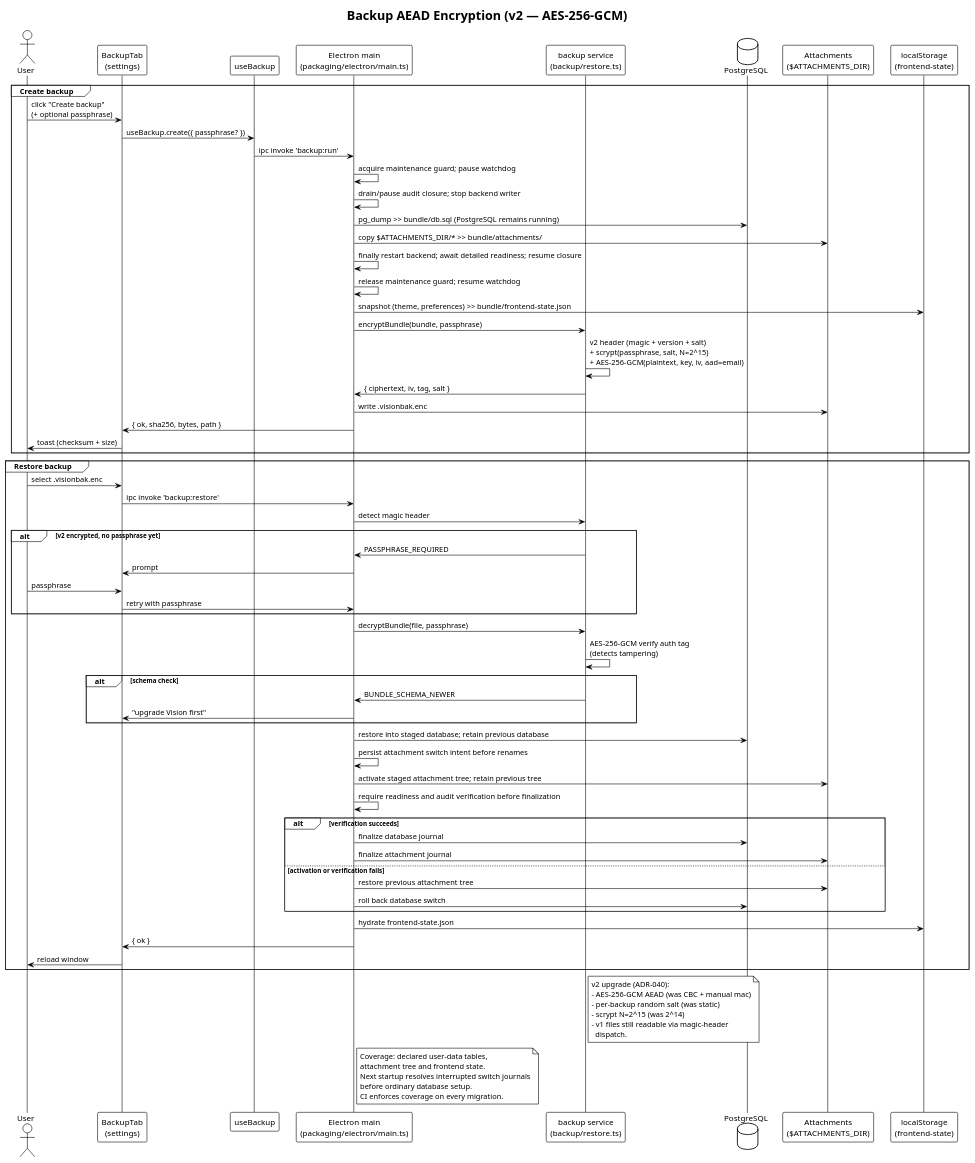
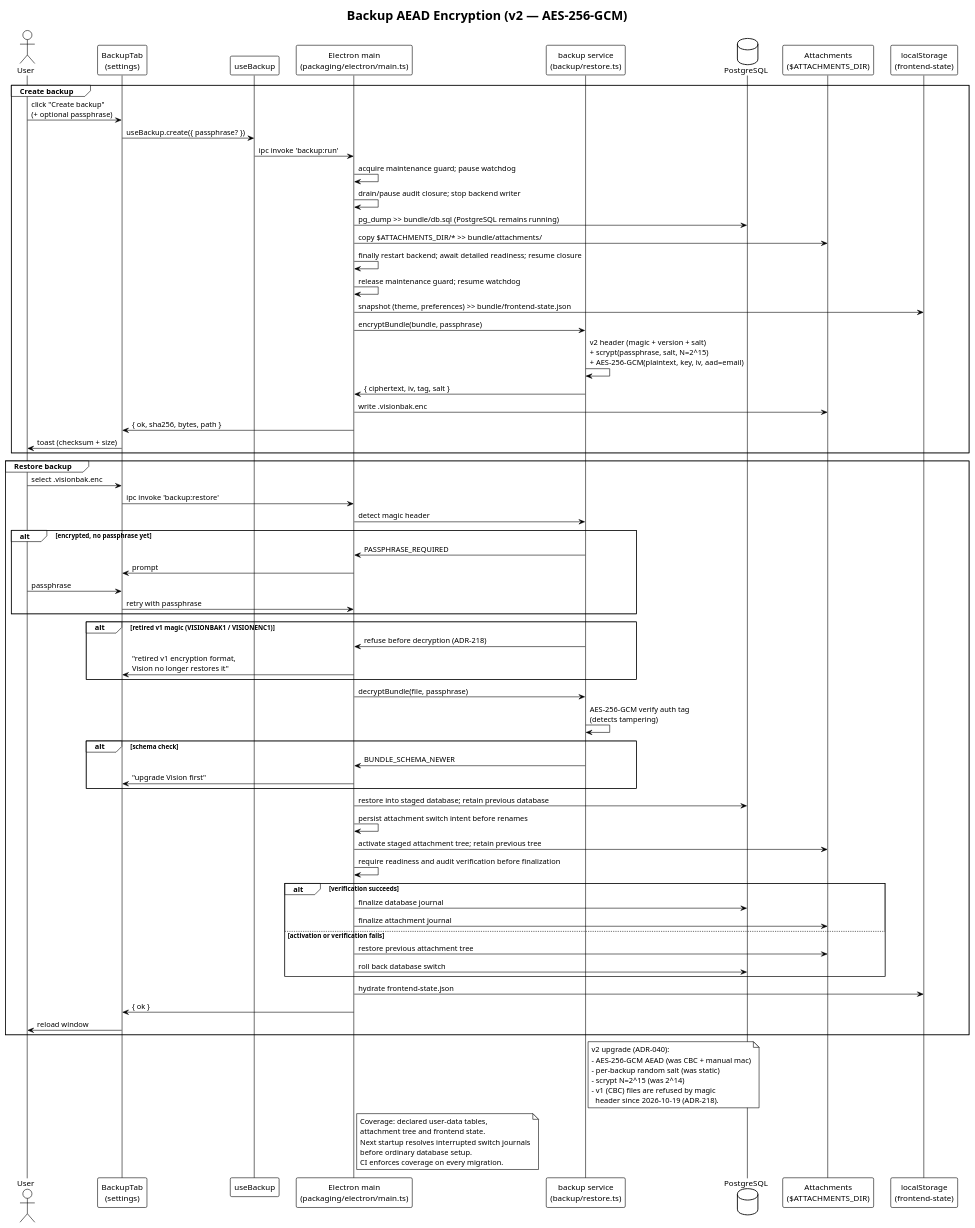
One commit to EraPartner/Vision changed the diagram in docs/diagrams/backup-aead-encryption.puml. Above: the diagram before and after it, drawn with PlantUML. The commit also changed 23 other files, not shown here.

```diff
--- a/docs/diagrams/backup-aead-encryption.puml
+++ b/docs/diagrams/backup-aead-encryption.puml
@@ -1,86 +1,90 @@
 @startuml Backup AEAD Encryption (v2)
 title Backup AEAD Encryption (v2 — AES-256-GCM)
 
 !theme plain
 skinparam participantSpacing 10
 skinparam ranksep 50
 
 actor "User" as User
 
 participant "BackupTab\n(settings)" as UI
 participant "useBackup" as Hook
 participant "Electron main\n(packaging/electron/main.ts)" as Main
 participant "backup service\n(backup/restore.ts)" as Backup
 database  "PostgreSQL" as DB
 participant "Attachments\n($ATTACHMENTS_DIR)" as Files
 participant "localStorage\n(frontend-state)" as LS
 
 group Create backup
   User -> UI : click "Create backup"\n(+ optional passphrase)
   UI -> Hook : useBackup.create({ passphrase? })
   Hook -> Main : ipc invoke 'backup:run'
   Main -> Main : acquire maintenance guard; pause watchdog
   Main -> Main : drain/pause audit closure; stop backend writer
   Main -> DB   : pg_dump >> bundle/db.sql (PostgreSQL remains running)
   Main -> Files: copy $ATTACHMENTS_DIR/* >> bundle/attachments/
   Main -> Main : finally restart backend; await detailed readiness; resume closure
   Main -> Main : release maintenance guard; resume watchdog
   Main -> LS   : snapshot (theme, preferences) >> bundle/frontend-state.json
   Main -> Backup: encryptBundle(bundle, passphrase)
   Backup -> Backup : v2 header (magic + version + salt)\n+ scrypt(passphrase, salt, N=2^15)\n+ AES-256-GCM(plaintext, key, iv, aad=email)
   Backup -> Main : { ciphertext, iv, tag, salt }
   Main -> Files : write .visionbak.enc
   Main -> UI    : { ok, sha256, bytes, path }
   UI -> User    : toast (checksum + size)
 end
 
 group Restore backup
   User -> UI    : select .visionbak.enc
   UI -> Main    : ipc invoke 'backup:restore'
   Main -> Backup: detect magic header
-  alt v2 encrypted, no passphrase yet
+  alt encrypted, no passphrase yet
     Backup -> Main : PASSPHRASE_REQUIRED
     Main -> UI     : prompt
     User -> UI     : passphrase
     UI -> Main     : retry with passphrase
+  end
+  alt retired v1 magic (VISIONBAK1 / VISIONENC1)
+    Backup -> Main : refuse before decryption (ADR-218)
+    Main -> UI     : "retired v1 encryption format,\nVision no longer restores it"
   end
   Main -> Backup : decryptBundle(file, passphrase)
   Backup -> Backup : AES-256-GCM verify auth tag\n(detects tampering)
   alt schema check
     Backup -> Main : BUNDLE_SCHEMA_NEWER
     Main -> UI     : "upgrade Vision first"
   end
   Main -> DB    : restore into staged database; retain previous database
   Main -> Main  : persist attachment switch intent before renames
   Main -> Files : activate staged attachment tree; retain previous tree
   Main -> Main  : require readiness and audit verification before finalization
   alt verification succeeds
     Main -> DB : finalize database journal
     Main -> Files : finalize attachment journal
   else activation or verification fails
     Main -> Files : restore previous attachment tree
     Main -> DB : roll back database switch
   end
   Main -> LS    : hydrate frontend-state.json
   Main -> UI    : { ok }
   UI -> User    : reload window
 end
 
 note right of Backup
   v2 upgrade (ADR-040):
   - AES-256-GCM AEAD (was CBC + manual mac)
   - per-backup random salt (was static)
   - scrypt N=2^15 (was 2^14)
-  - v1 files still readable via magic-header
-    dispatch.
+  - v1 (CBC) files are refused by magic
+    header since 2026-10-19 (ADR-218).
 end note
 
 note right of Main
   Coverage: declared user-data tables,
   attachment tree and frontend state.
   Next startup resolves interrupted switch journals
   before ordinary database setup.
   CI enforces coverage on every migration.
 end note
 
 @enduml
```
